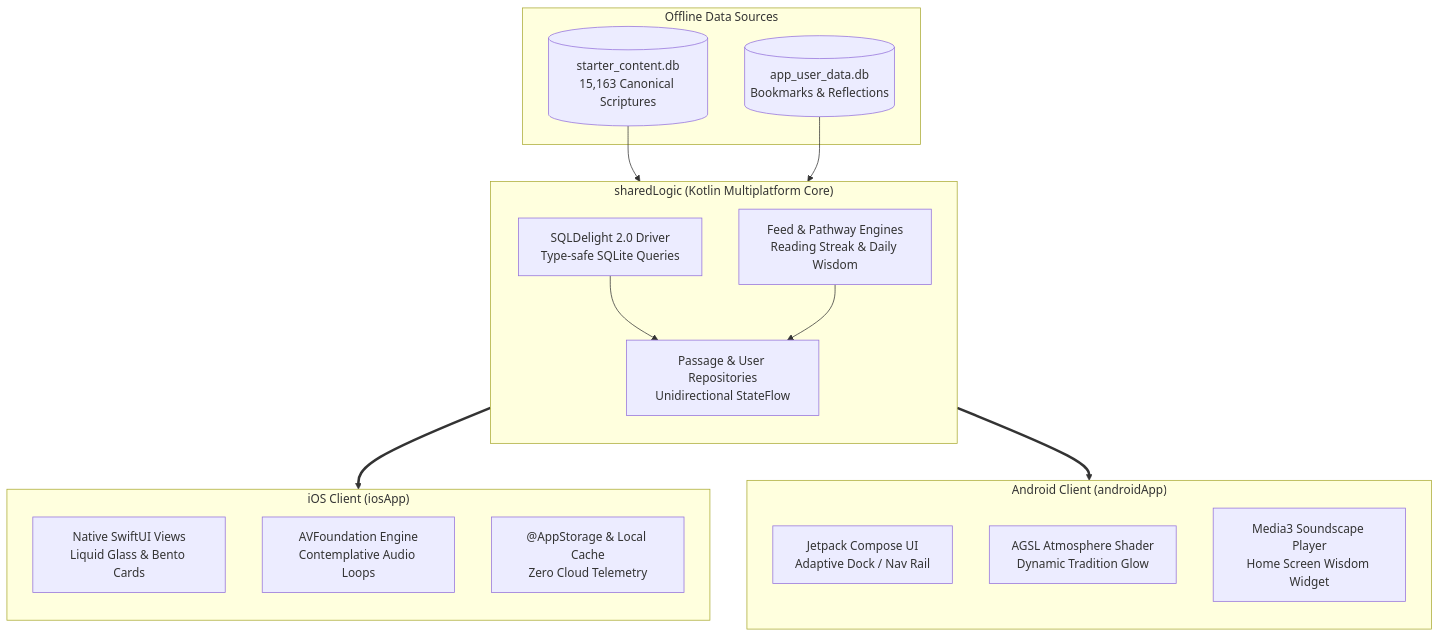
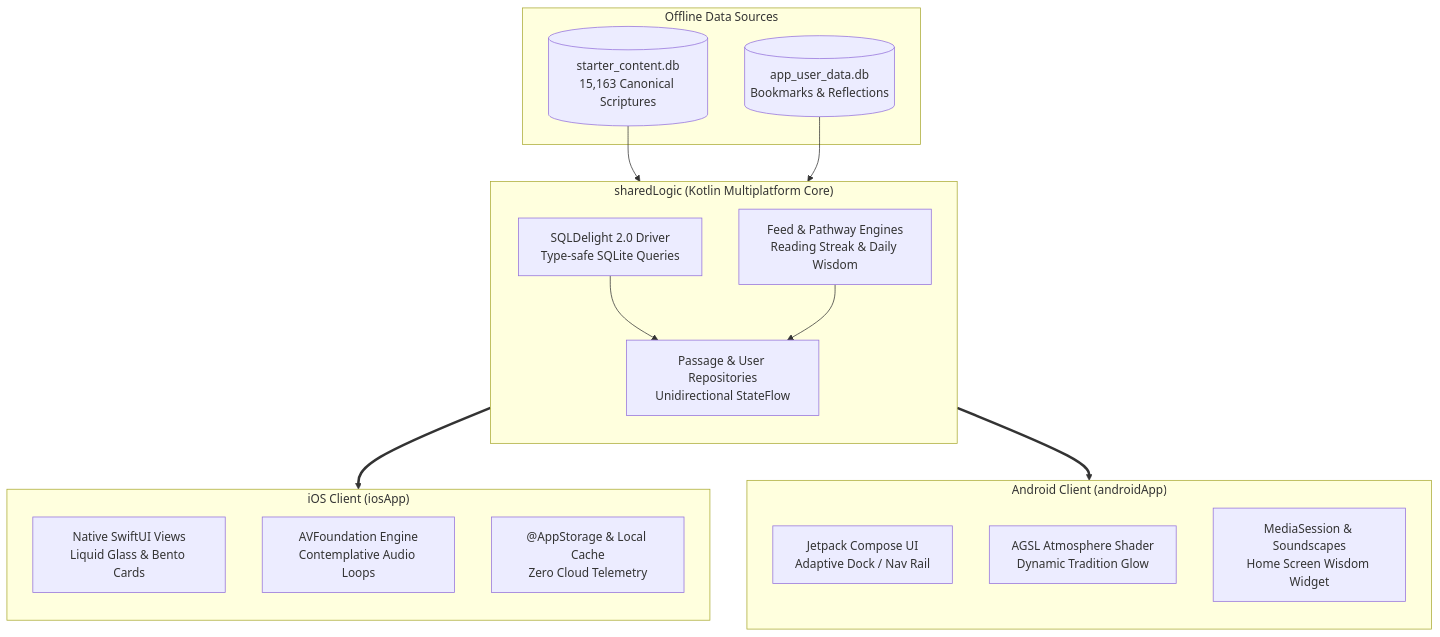
One commit to insaneodyssey26/fathom changed the diagram in README.md. Above: the diagram before and after it, drawn with Mermaid. The commit also changed other lines of this file and 3 other files, not shown here.

````diff
--- a/README.md
+++ b/README.md
@@ -33,35 +33,35 @@
 ```mermaid
 flowchart TD
     subgraph DataLayer["Offline Data Sources"]
         DB[("starter_content.db<br/>15,163 Canonical Scriptures")]
         UserDB[("app_user_data.db<br/>Bookmarks & Reflections")]
     end
 
     subgraph KMP["sharedLogic (Kotlin Multiplatform Core)"]
         direction TB
         SQL["SQLDelight 2.0 Driver<br/>Type-safe SQLite Queries"]
         Engine["Feed & Pathway Engines<br/>Reading Streak & Daily Wisdom"]
         Repo["Passage & User Repositories<br/>Unidirectional StateFlow"]
         SQL --> Repo
         Engine --> Repo
     end
 
     subgraph Android["Android Client (androidApp)"]
         direction TB
         Compose["Jetpack Compose UI<br/>Adaptive Dock / Nav Rail"]
         Shader["AGSL Atmosphere Shader<br/>Dynamic Tradition Glow"]
-        Media3["Media3 Soundscape Player<br/>Home Screen Wisdom Widget"]
+        Media["MediaSession & Soundscapes<br/>Home Screen Wisdom Widget"]
     end
 
     subgraph iOS["iOS Client (iosApp)"]
         direction TB
         SwiftUI["Native SwiftUI Views<br/>Liquid Glass & Bento Cards"]
         AV["AVFoundation Engine<br/>Contemplative Audio Loops"]
         AppStorage["@AppStorage & Local Cache<br/>Zero Cloud Telemetry"]
     end
 
     DB --> SQL
     UserDB --> SQL
     Repo ==> Compose
     Repo ==> SwiftUI
 ```
````
